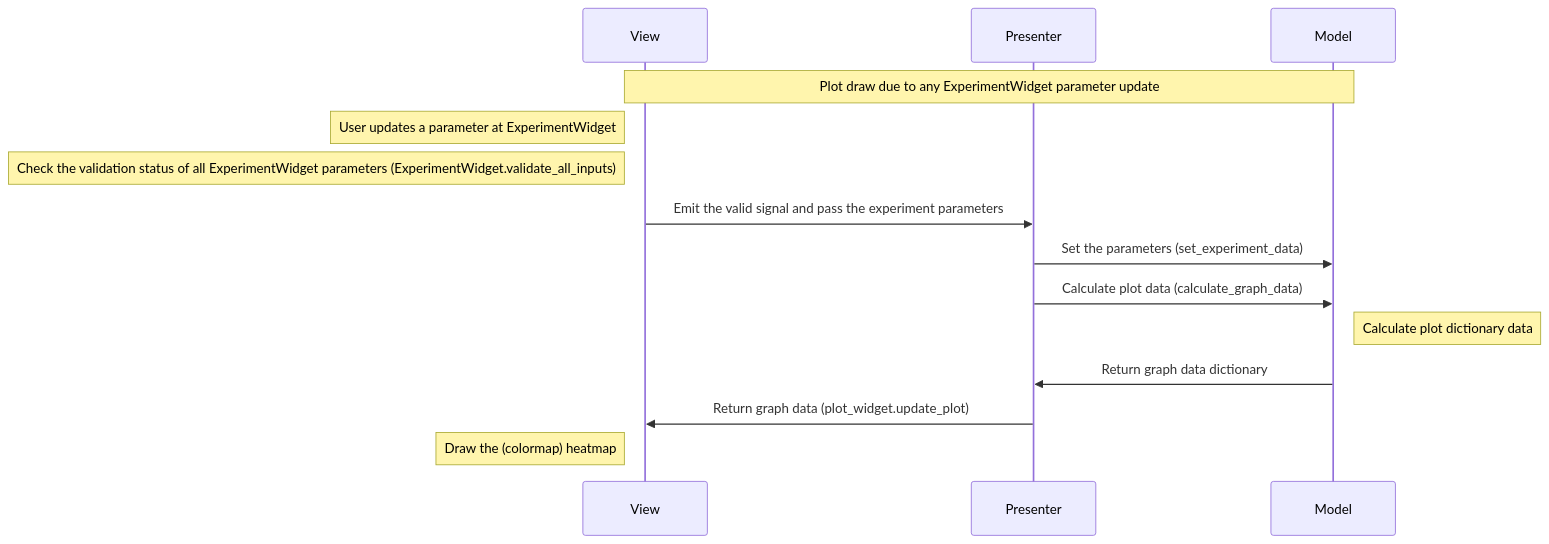
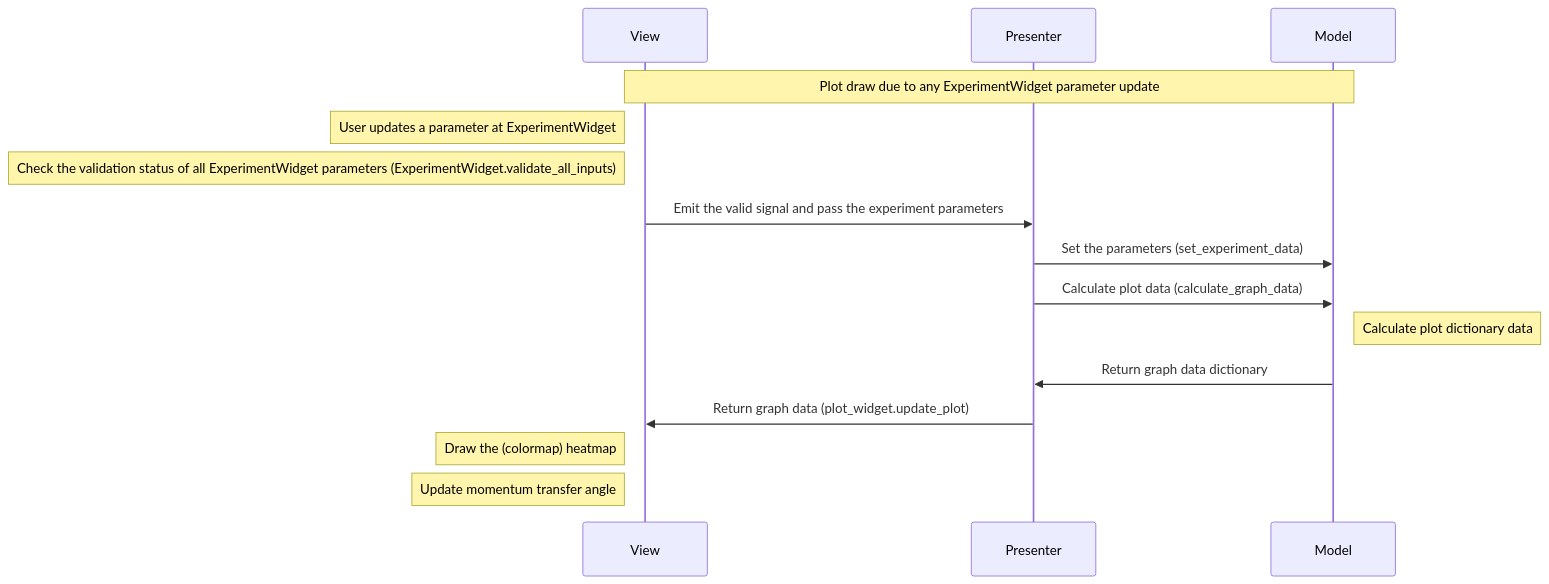
One commit to neutrons/hyspecppt changed the eighth of 14 diagrams in docs/source/design/hyspecpptclasses.rst. Above: the diagram before and after it, drawn with Mermaid. The commit also changed other lines of this file, not shown here.

Commit message:
Update documentation for classes and diagrams

```diff
--- a/docs/source/design/hyspecpptclasses.rst
+++ b/docs/source/design/hyspecpptclasses.rst
@@ -292,17 +299,18 @@
         .. mermaid::
 
             sequenceDiagram
                 participant View
                 participant Presenter
                 participant Model
 
                 Note over View,Model: Plot draw due to any ExperimentWidget parameter update
                 Note left of View: User updates a parameter at ExperimentWidget
                 Note left of View: Check the validation status of all ExperimentWidget parameters (ExperimentWidget.validate_all_inputs)
                 View->>Presenter: Emit the valid signal and pass the experiment parameters
                 Presenter->>Model: Set the parameters (set_experiment_data)
                 Presenter->>Model: Calculate plot data (calculate_graph_data)
                 Note right of Model: Calculate plot dictionary data
                 Model->>Presenter: Return graph data dictionary
                 Presenter->>View: Return graph data (plot_widget.update_plot)
                 Note left of View: Draw the (colormap) heatmap
+                Note left of View: Update momentum transfer angle
```
